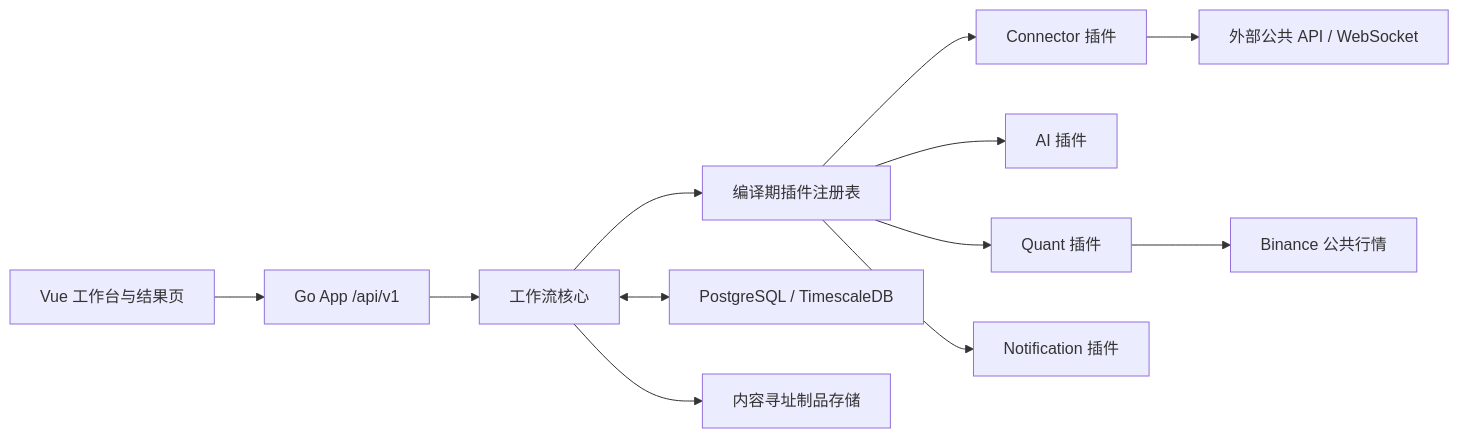
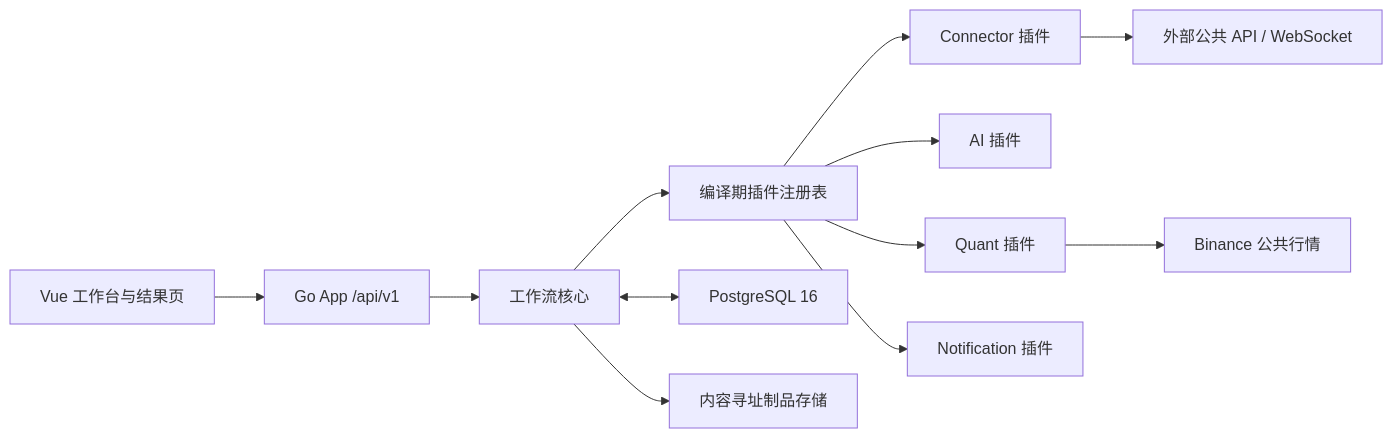
The first of 5 diagrams in docs/architecture/workflow-platform-v2.md (CoderLTS/coinsphere-go), drawn with Mermaid before and after one commit. The commit also changed other lines of this file and 17 other files, not shown here.

Commit message:
ops: 移除 TimescaleDB 并复用服务器 PostgreSQL

````diff
--- a/docs/architecture/workflow-platform-v2.md
+++ b/docs/architecture/workflow-platform-v2.md
@@ -76,14 +76,14 @@
 ```mermaid
 flowchart LR
     WEB["Vue 工作台与结果页"] --> API["Go App /api/v1"]
     API --> CORE["工作流核心"]
     CORE --> REGISTRY["编译期插件注册表"]
     REGISTRY --> CONNECTOR["Connector 插件"]
     REGISTRY --> AI["AI 插件"]
     REGISTRY --> QUANT["Quant 插件"]
     REGISTRY --> NOTIFY["Notification 插件"]
-    CORE <--> DB["PostgreSQL / TimescaleDB"]
+    CORE <--> DB["PostgreSQL 16"]
     CORE --> ARTIFACTS["内容寻址制品存储"]
     CONNECTOR --> PUBLIC["外部公共 API / WebSocket"]
     QUANT --> BINANCE["Binance 公共行情"]
 ```
````
